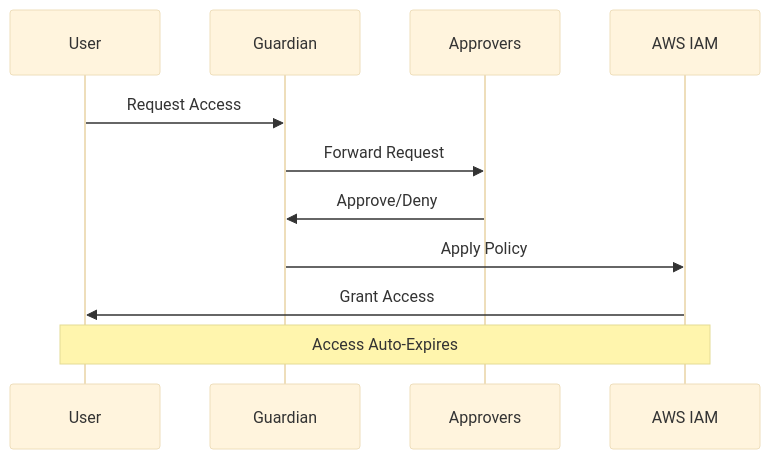
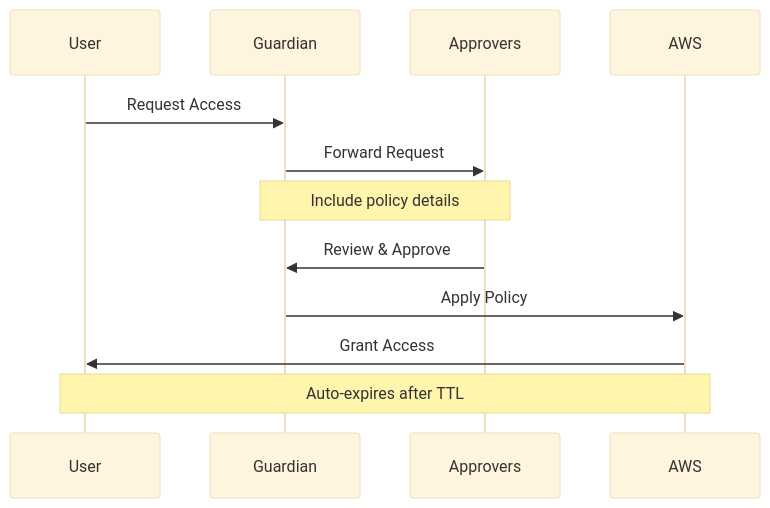
One commit to kubiyabot/terraform-modules changed the third of 5 diagrams in jit-permissions-guardians/terraform/README.md. Above: the diagram before and after it, drawn with Mermaid (base theme). The commit also changed other lines of this file, not shown here.

````diff
--- a/jit-permissions-guardians/terraform/README.md
+++ b/jit-permissions-guardians/terraform/README.md
@@ -49,14 +71,15 @@
 ```mermaid
 sequenceDiagram
-    participant U as User
-    participant G as Guardian
-    participant A as Approvers
-    participant AWS as AWS IAM
+    participant User
+    participant Guardian
+    participant Approvers
+    participant AWS
 
-    U->>G: Request Access
-    G->>A: Forward Request
-    A->>G: Approve/Deny
-    G->>AWS: Apply Policy
-    AWS->>U: Grant Access
-    Note over U,AWS: Access Auto-Expires
+    User->>Guardian: Request Access
+    Guardian->>Approvers: Forward Request
+    Note over Guardian,Approvers: Include policy details
+    Approvers->>Guardian: Review & Approve
+    Guardian->>AWS: Apply Policy
+    AWS->>User: Grant Access
+    Note over User,AWS: Auto-expires after TTL
 ```
````
